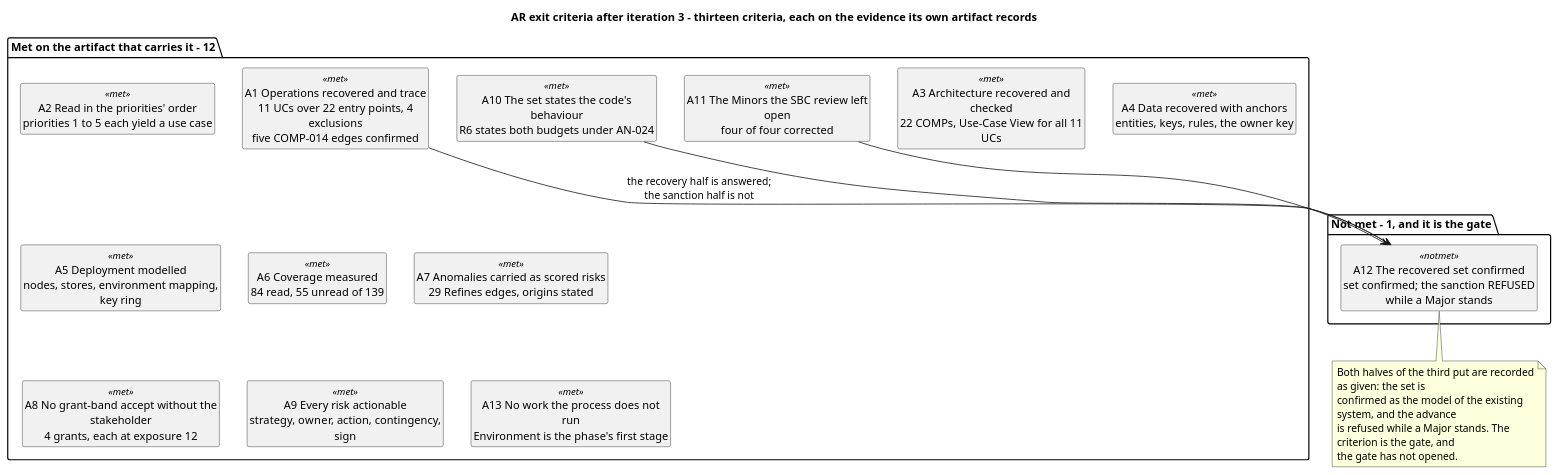
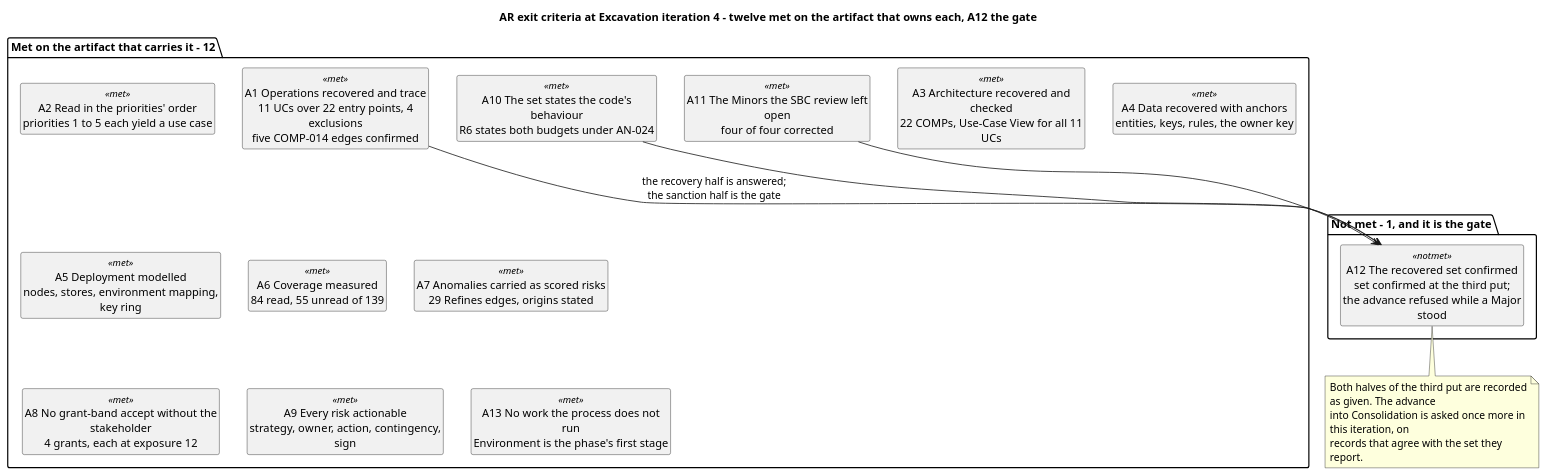
The sixth of 6 diagrams in docs/artifacts/project-management/iteration-plan.md (banense-test/TodoApp), drawn with PlantUML before and after one commit. The commit also changed other lines of this file, not shown here.

First line of the commit message:
Project Manager [Excavation4]: upsert Iteration Plan

````diff
--- a/docs/artifacts/project-management/iteration-plan.md
+++ b/docs/artifacts/project-management/iteration-plan.md
@@ -406,39 +406,38 @@
 ```plantuml
 @startuml
-title AR exit criteria after iteration 3 - thirteen criteria, each on the evidence its own artifact records
+title AR exit criteria at Excavation iteration 4 - twelve met on the artifact that owns each, A12 the gate
 skinparam shadowing false
 skinparam wrapWidth 250
 hide circle
 hide empty members
 
 package "Met on the artifact that carries it - 12" {
   class "A1 Operations recovered and trace\n11 UCs over 22 entry points, 4 exclusions\nfive COMP-014 edges confirmed" as A1 <<met>>
   class "A2 Read in the priorities' order\npriorities 1 to 5 each yield a use case" as A2 <<met>>
   class "A3 Architecture recovered and checked\n22 COMPs, Use-Case View for all 11 UCs" as A3 <<met>>
   class "A4 Data recovered with anchors\nentities, keys, rules, the owner key" as A4 <<met>>
   class "A5 Deployment modelled\nnodes, stores, environment mapping, key ring" as A5 <<met>>
   class "A6 Coverage measured\n84 read, 55 unread of 139" as A6 <<met>>
   class "A7 Anomalies carried as scored risks\n29 Refines edges, origins stated" as A7 <<met>>
   class "A8 No grant-band accept without the stakeholder\n4 grants, each at exposure 12" as A8 <<met>>
   class "A9 Every risk actionable\nstrategy, owner, action, contingency, sign" as A9 <<met>>
   class "A10 The set states the code's behaviour\nR6 states both budgets under AN-024" as A10 <<met>>
   class "A11 The Minors the SBC review left open\nfour of four corrected" as A11 <<met>>
   class "A13 No work the process does not run\nEnvironment is the phase's first stage" as A13 <<met>>
 }
 
 package "Not met - 1, and it is the gate" {
-  class "A12 The recovered set confirmed\nset confirmed; the sanction REFUSED\nwhile a Major stands" as A12 <<notmet>>
+  class "A12 The recovered set confirmed\nset confirmed at the third put;\nthe advance refused while a Major stood" as A12 <<notmet>>
 }
 
-A1 --> A12 : the recovery half is answered;\nthe sanction half is not
+A1 --> A12 : the recovery half is answered;\nthe sanction half is the gate
 A10 --> A12
 A11 --> A12
 
 note bottom of A12
-  Both halves of the third put are recorded as given: the set is
-  confirmed as the model of the existing system, and the advance
-  is refused while a Major stands. The criterion is the gate, and
-  the gate has not opened.
+  Both halves of the third put are recorded as given. The advance
+  into Consolidation is asked once more in this iteration, on
+  records that agree with the set they report.
 end note
 @enduml
 ```
````
